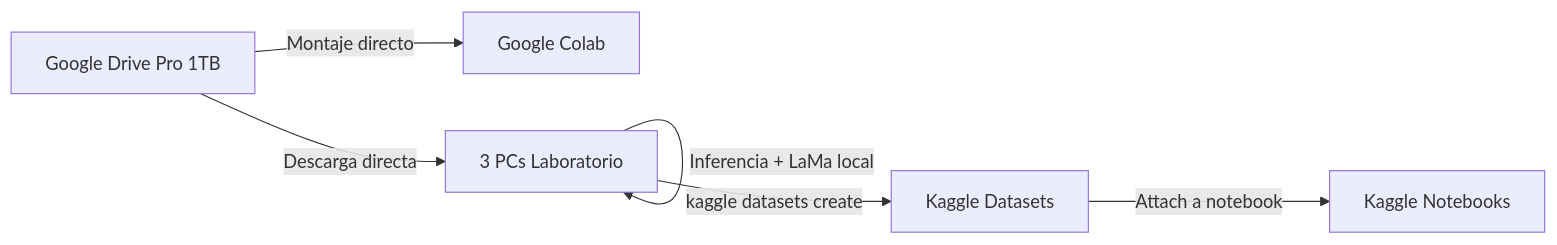
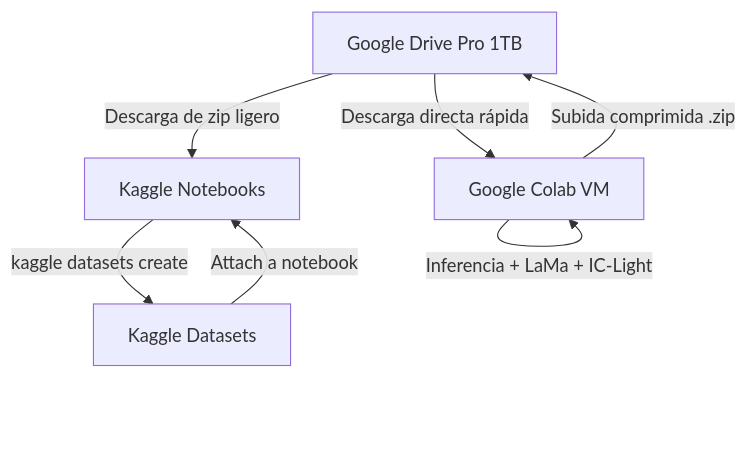
One commit to unsa-semester-2026-A/ia_article changed the second of 2 diagrams in .alvaro/01_procedimiento/plan/00_overview.md. Above: the diagram before and after it, drawn with Mermaid. The commit also changed other lines of this file and 6 other files, not shown here.

Commit message:
fix(plan): fix plan to just use google colab

````diff
--- a/.alvaro/01_procedimiento/plan/00_overview.md
+++ b/.alvaro/01_procedimiento/plan/00_overview.md
@@ -66,8 +63,9 @@
 ```mermaid
-graph LR
-    GD[Google Drive Pro 1TB] -->|Montaje directo| GC[Google Colab]
-    GD -->|Descarga directa| PC[3 PCs Laboratorio]
-    PC -->|Inferencia + LaMa local| PC
-    PC -->|kaggle datasets create| K[Kaggle Datasets]
-    K -->|Attach a notebook| KN[Kaggle Notebooks]
+graph TD
+    GD[Google Drive Pro 1TB] -->|Descarga directa rápida| GC[Google Colab VM]
+    GC -->|Inferencia + LaMa + IC-Light| GC
+    GC -->|Subida comprimida .zip| GD
+    GD -->|Descarga de zip ligero| KN[Kaggle Notebooks]
+    KN -->|kaggle datasets create| K[Kaggle Datasets]
+    K -->|Attach a notebook| KN
 ```
````
